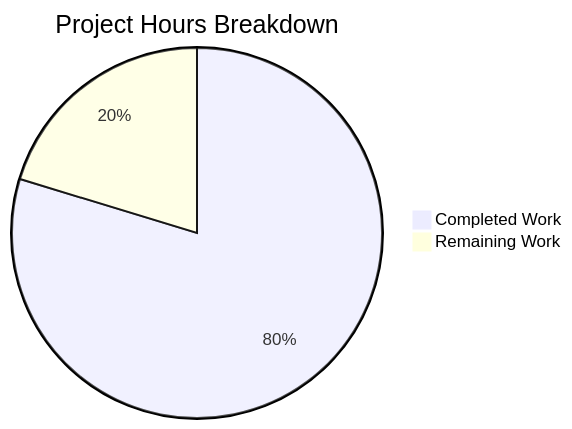
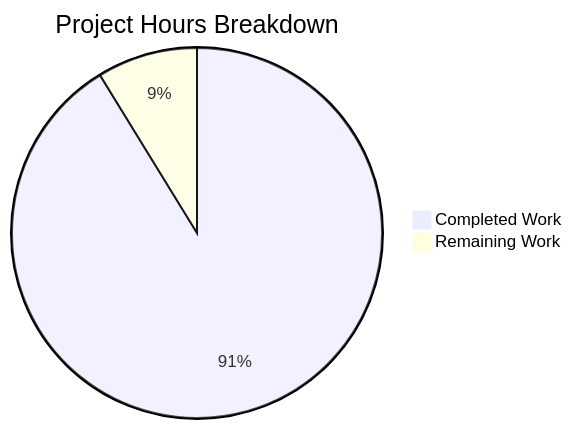
Before and after one commit to blitzy-public-samples/blitzy-Apollo-11: the diagram in blitzy/documentation/Project Guide.md, drawn with Mermaid. The commit also changed other lines of this file, not shown here.

Commit message:
Adding Blitzy Project Guide: Project Status and Human Tasks Remaining

````diff
--- a/blitzy/documentation/Project Guide.md
+++ b/blitzy/documentation/Project Guide.md
@@ -69,5 +20,5 @@
 ```mermaid
 pie title Project Hours Breakdown
-    "Completed Work" : 55
-    "Remaining Work" : 14
+    "Completed Work" : 52
+    "Remaining Work" : 5
 ```
````
